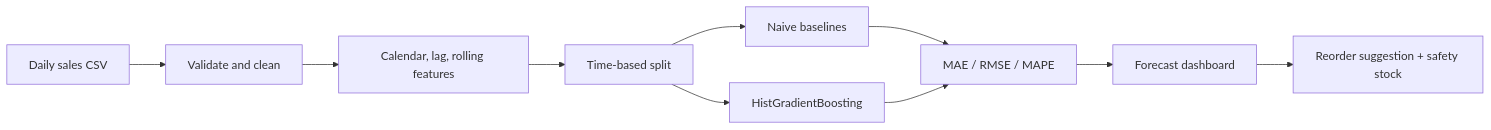
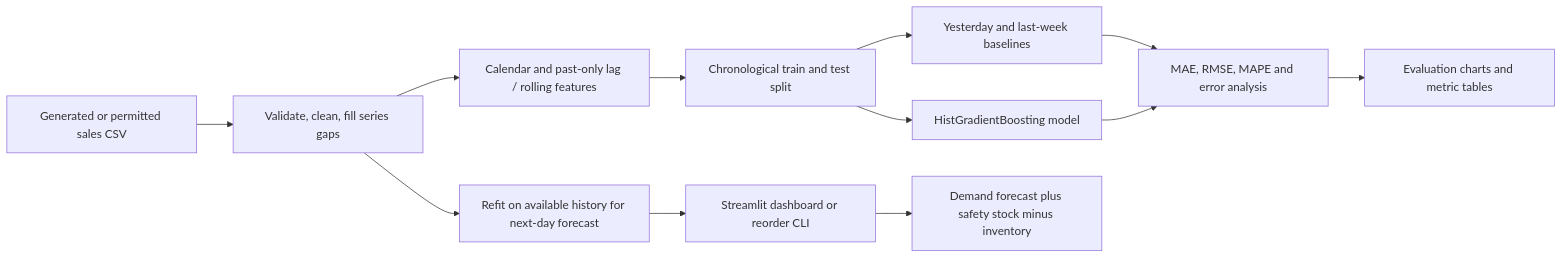
One commit to Simaaqmoideen/sales-forecast-reorder-planner changed the diagram in README.md. Above: the diagram before and after it, drawn with Mermaid. The commit also changed other lines of this file and 7 other files, not shown here.

````diff
--- a/README.md
+++ b/README.md
@@ -7,12 +18,14 @@
 ```mermaid
 flowchart LR
-    A[Daily sales CSV] --> B[Validate and clean]
-    B --> C[Calendar, lag, rolling features]
-    C --> D[Time-based split]
-    D --> E[Naive baselines]
-    D --> F[HistGradientBoosting]
-    E --> G[MAE / RMSE / MAPE]
+    A[Generated or permitted sales CSV] --> B[Validate, clean, fill series gaps]
+    B --> C[Calendar and past-only lag / rolling features]
+    C --> D[Chronological train and test split]
+    D --> E[Yesterday and last-week baselines]
+    D --> F[HistGradientBoosting model]
+    E --> G[MAE, RMSE, MAPE and error analysis]
     F --> G
-    G --> H[Forecast dashboard]
-    H --> I[Reorder suggestion + safety stock]
+    G --> H[Evaluation charts and metric tables]
+    B --> I[Refit on available history for next-day forecast]
+    I --> J[Streamlit dashboard or reorder CLI]
+    J --> K[Demand forecast plus safety stock minus inventory]
 ```
````
